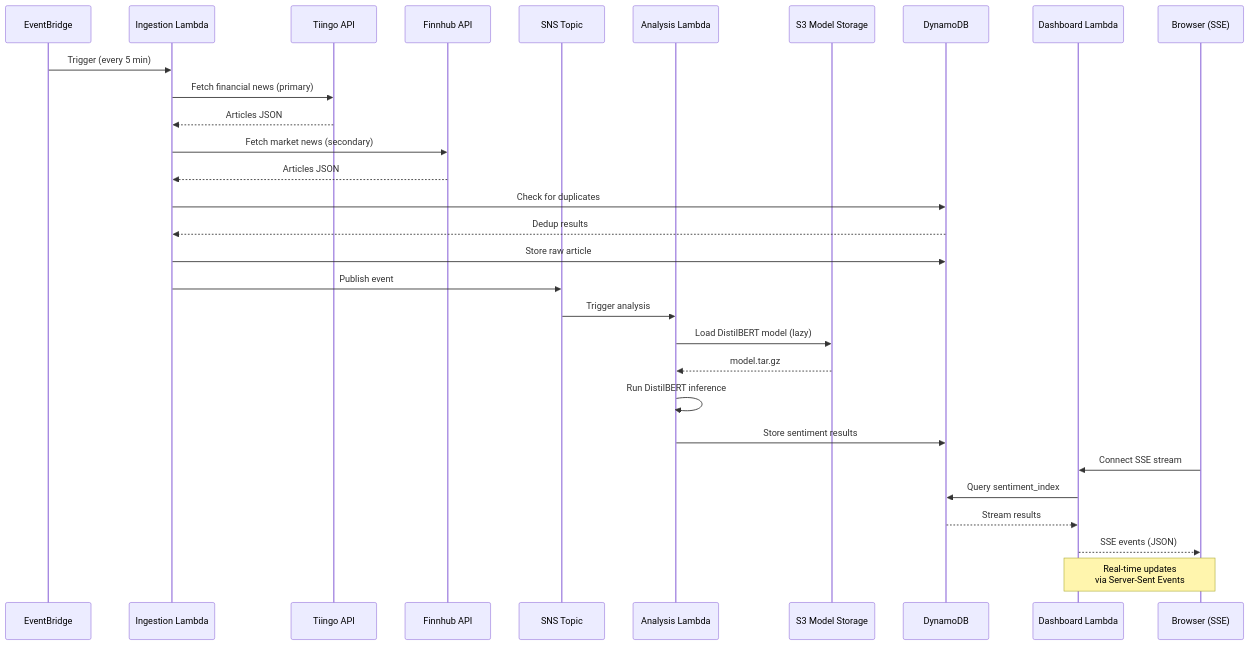
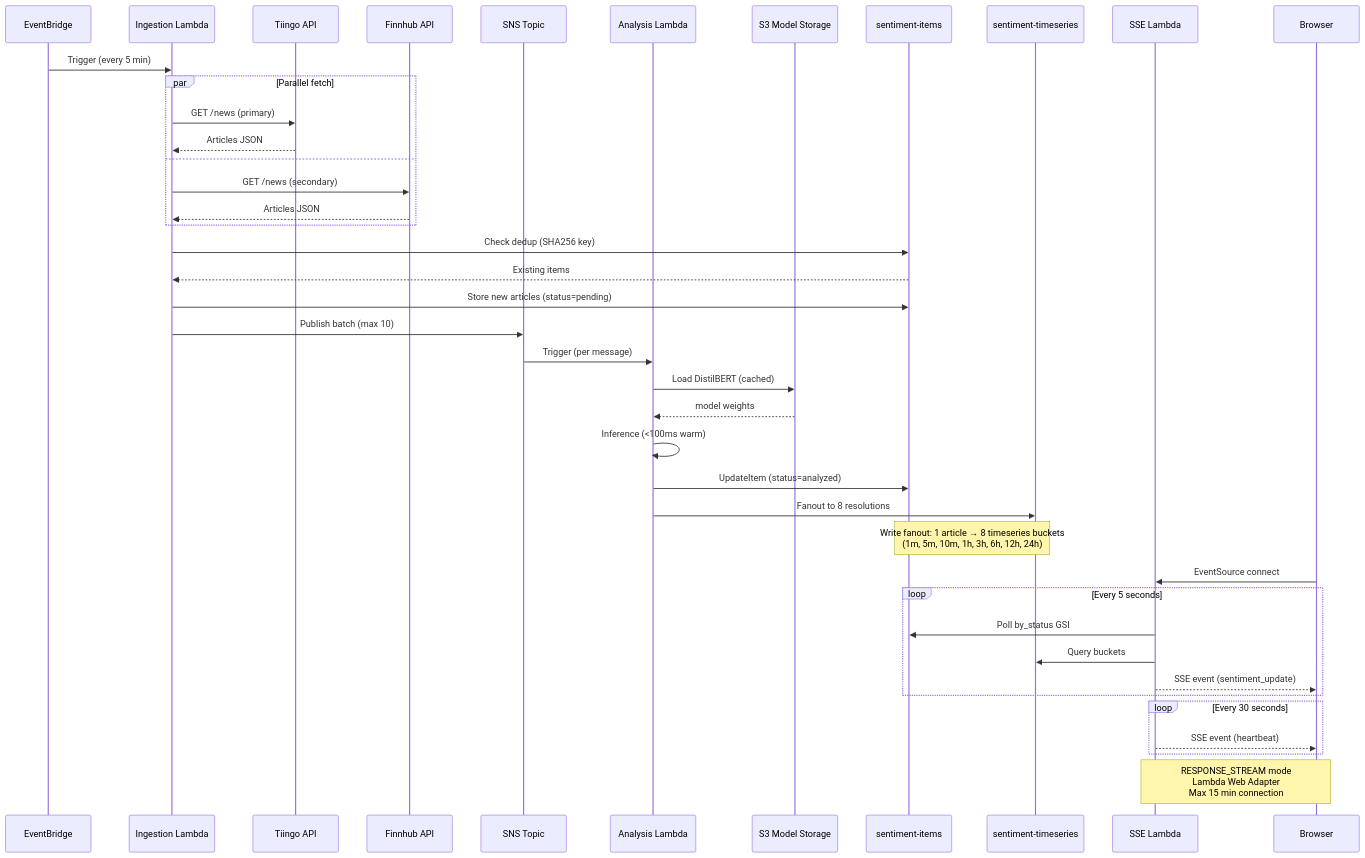
One commit to traylorre/sentiment-analyzer-gsk changed the fourth of 5 diagrams in README.md. Above: the diagram before and after it, drawn with Mermaid. The commit also changed other lines of this file and 3 other files, not shown here.

First line of the commit message:
docs: Update architecture diagrams to match Terraform canonical source

````diff
--- a/README.md
+++ b/README.md
@@ -337,38 +374,53 @@
 ```mermaid
 sequenceDiagram
     participant EB as EventBridge
     participant Ing as Ingestion Lambda
     participant Tiingo as Tiingo API
     participant Finnhub as Finnhub API
     participant SNS as SNS Topic
     participant Ana as Analysis Lambda
     participant S3 as S3 Model Storage
-    participant DDB as DynamoDB
-    participant Dash as Dashboard Lambda
-    participant User as Browser (SSE)
+    participant Items as sentiment-items
+    participant TS as sentiment-timeseries
+    participant SSE as SSE Lambda
+    participant User as Browser
 
     EB->>Ing: Trigger (every 5 min)
-    Ing->>Tiingo: Fetch financial news (primary)
-    Tiingo-->>Ing: Articles JSON
-    Ing->>Finnhub: Fetch market news (secondary)
-    Finnhub-->>Ing: Articles JSON
 
-    Ing->>DDB: Check for duplicates
-    DDB-->>Ing: Dedup results
+    par Parallel fetch
+        Ing->>Tiingo: GET /news (primary)
+        Tiingo-->>Ing: Articles JSON
+    and
+        Ing->>Finnhub: GET /news (secondary)
+        Finnhub-->>Ing: Articles JSON
+    end
 
-    Ing->>DDB: Store raw article
-    Ing->>SNS: Publish event
+    Ing->>Items: Check dedup (SHA256 key)
+    Items-->>Ing: Existing items
 
-    SNS->>Ana: Trigger analysis
-    Ana->>S3: Load DistilBERT model (lazy)
-    S3-->>Ana: model.tar.gz
-    Ana->>Ana: Run DistilBERT inference
-    Ana->>DDB: Store sentiment results
+    Ing->>Items: Store new articles (status=pending)
+    Ing->>SNS: Publish batch (max 10)
 
-    User->>Dash: Connect SSE stream
-    Dash->>DDB: Query sentiment_index
-    DDB-->>Dash: Stream results
-    Dash-->>User: SSE events (JSON)
+    SNS->>Ana: Trigger (per message)
+    Ana->>S3: Load DistilBERT (cached)
+    S3-->>Ana: model weights
+    Ana->>Ana: Inference (<100ms warm)
+    Ana->>Items: UpdateItem (status=analyzed)
+    Ana->>TS: Fanout to 8 resolutions
 
-    Note over Dash,User: Real-time updates<br/>via Server-Sent Events
+    Note over Items,TS: Write fanout: 1 article → 8 timeseries buckets<br/>(1m, 5m, 10m, 1h, 3h, 6h, 12h, 24h)
+
+    User->>SSE: EventSource connect
+
+    loop Every 5 seconds
+        SSE->>Items: Poll by_status GSI
+        SSE->>TS: Query buckets
+        SSE-->>User: SSE event (sentiment_update)
+    end
+
+    loop Every 30 seconds
+        SSE-->>User: SSE event (heartbeat)
+    end
+
+    Note over SSE,User: RESPONSE_STREAM mode<br/>Lambda Web Adapter<br/>Max 15 min connection
 ```
````
